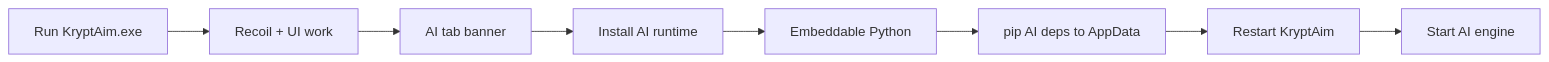
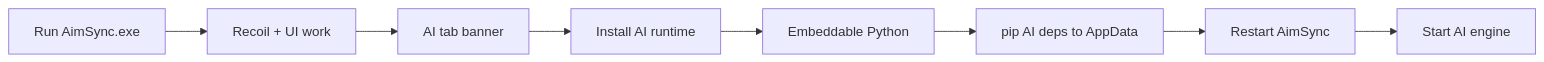
The diagram in wiki/Slim-Exe-Distribution.md (Kava4/KryptAim), drawn with Mermaid before and after one commit. The commit also changed other lines of this file and 85 other files, not shown here.

Commit message:
revert: restore AimSync branding and point updates to Kava4/AimSync

````diff
--- a/wiki/Slim-Exe-Distribution.md
+++ b/wiki/Slim-Exe-Distribution.md
@@ -28,10 +28,10 @@
 ```mermaid
 flowchart LR
-  A[Run KryptAim.exe] --> B[Recoil + UI work]
+  A[Run AimSync.exe] --> B[Recoil + UI work]
   B --> C[AI tab banner]
   C --> D[Install AI runtime]
   D --> E[Embeddable Python]
   E --> F[pip AI deps to AppData]
-  F --> G[Restart KryptAim]
+  F --> G[Restart AimSync]
   G --> H[Start AI engine]
 ```
````
